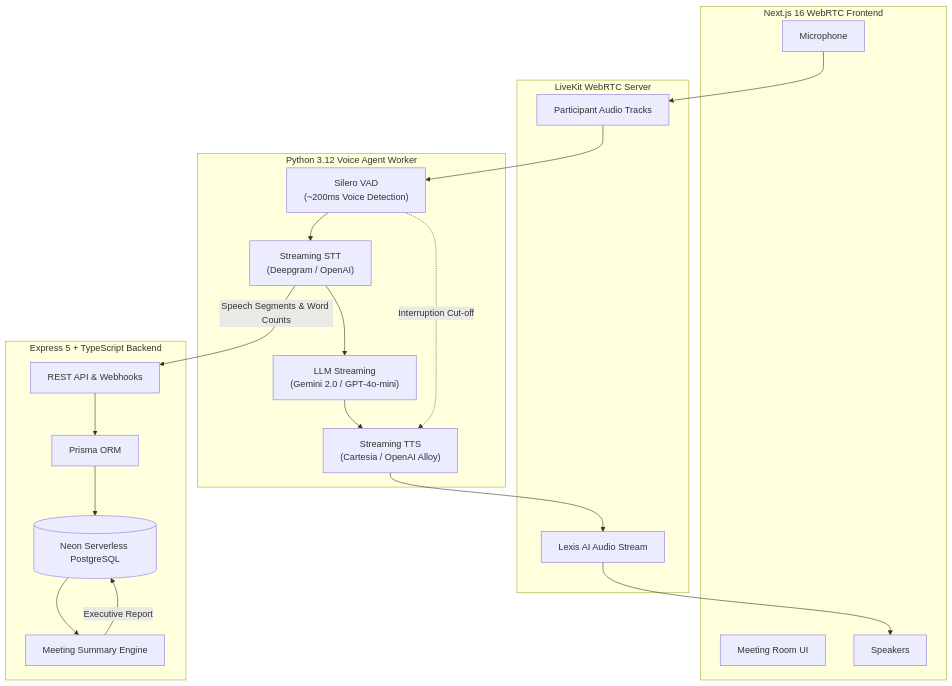
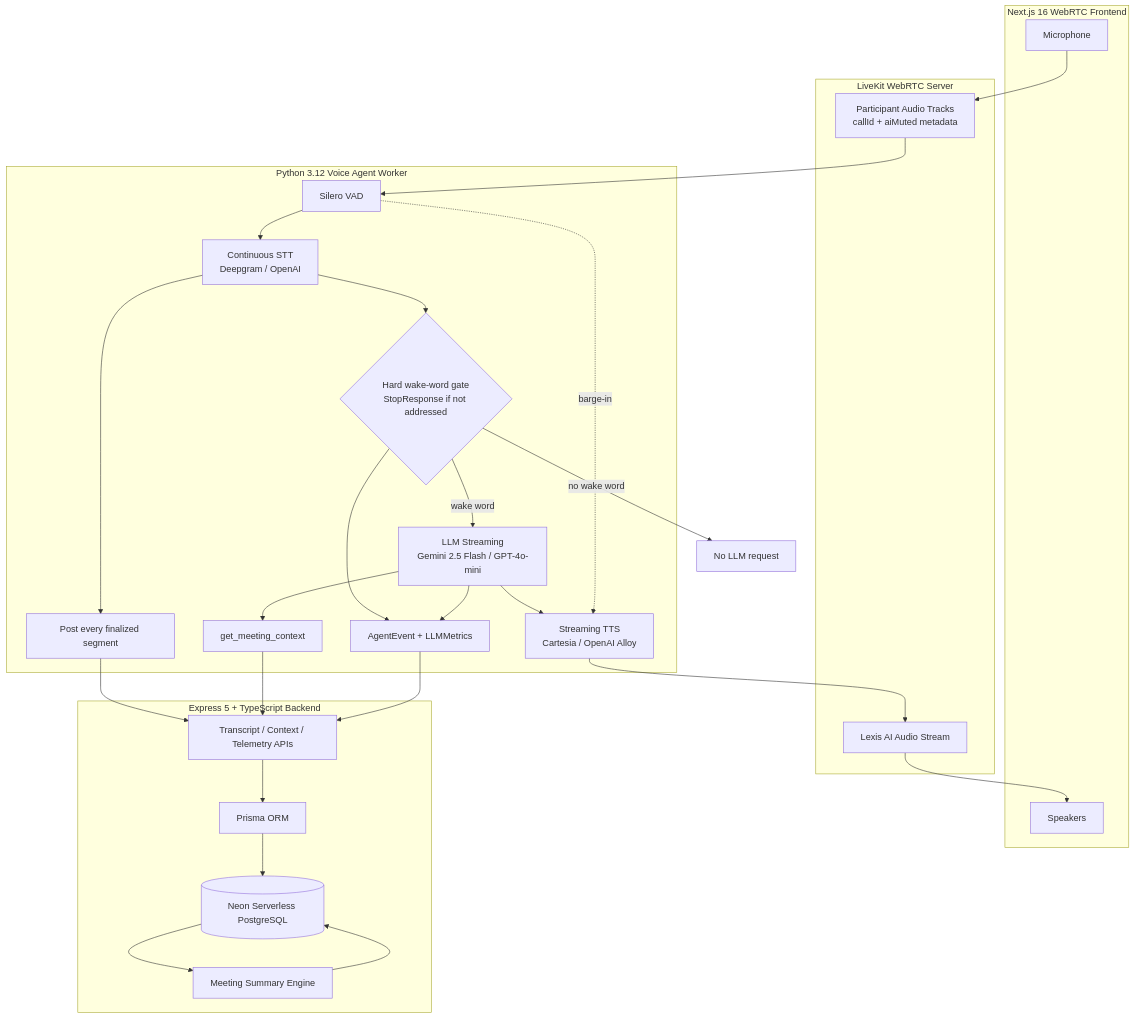
Before and after one commit to Nithin0620/Lexis: the diagram in Readme.md, drawn with Mermaid. The commit also changed other lines of this file and 13 other files, not shown here.

Commit message:
feat: implement LiveKit call management and transcript persistence with metadata synchronization

````diff
--- a/Readme.md
+++ b/Readme.md
@@ -42,39 +46,45 @@
 ```mermaid
 flowchart TD
     subgraph Client["Next.js 16 WebRTC Frontend"]
-        UI["Meeting Room UI"]
         Mic["Microphone"]
         Spk["Speakers"]
     end
 
     subgraph SFU["LiveKit WebRTC Server"]
-        TrackA["Participant Audio Tracks"]
+        Tracks["Participant Audio Tracks<br/>callId + aiMuted metadata"]
         AITrack["Lexis AI Audio Stream"]
     end
 
     subgraph Agent["Python 3.12 Voice Agent Worker"]
-        VAD["Silero VAD\n(~200ms Voice Detection)"]
-        STT["Streaming STT\n(Deepgram / OpenAI)"]
-        LLM["LLM Streaming\n(Gemini 2.0 / GPT-4o-mini)"]
-        TTS["Streaming TTS\n(Cartesia / OpenAI Alloy)"]
+        VAD["Silero VAD"]
+        STT["Continuous STT<br/>Deepgram / OpenAI"]
+        Persist["Post every finalized segment"]
+        Gate{"Hard wake-word gate<br/>StopResponse if not addressed"}
+        LLM["LLM Streaming<br/>Gemini 2.5 Flash / GPT-4o-mini"]
+        Tool["get_meeting_context"]
+        TTS["Streaming TTS<br/>Cartesia / OpenAI Alloy"]
+        Telemetry["AgentEvent + LLMMetrics"]
     end
 
     subgraph API["Express 5 + TypeScript Backend"]
-        REST["REST API & Webhooks"]
+        REST["Transcript / Context / Telemetry APIs"]
         Prisma["Prisma ORM"]
         DB[(Neon Serverless PostgreSQL)]
-        AI_Service["Meeting Summary Engine"]
+        Summary["Meeting Summary Engine"]
     end
 
-    Mic --> TrackA
-    TrackA --> VAD
-    VAD --> STT
-    STT -->|Speech Segments & Word Counts| REST
+    Mic --> Tracks --> VAD --> STT
+    STT --> Persist --> REST
     REST --> Prisma --> DB
 
-    STT --> LLM --> TTS --> AITrack
-    AITrack --> Spk
-    VAD -.->|Interruption Cut-off| TTS
-
-    DB --> AI_Service -->|Executive Report| DB
+    STT --> Gate
+    Gate -->|no wake word| GateStop["No LLM request"]
+    Gate -->|wake word| LLM
+    LLM --> Tool --> REST
+    LLM --> TTS --> AITrack --> Spk
+    VAD -.->|barge-in| TTS
+    Gate --> Telemetry
+    LLM --> Telemetry
+    Telemetry --> REST
+    DB --> Summary --> DB
 ```
````
